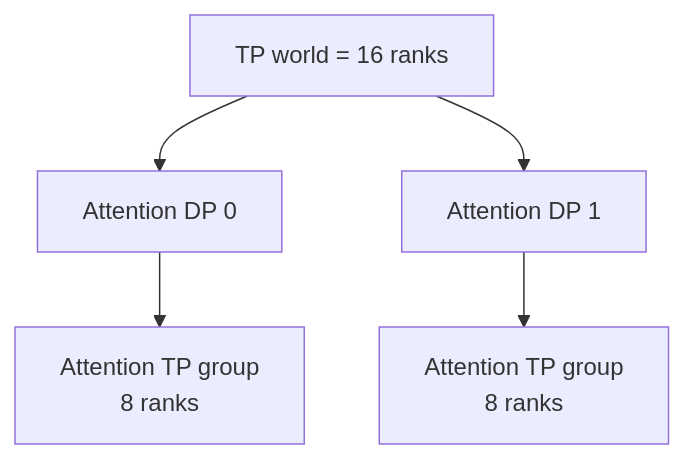
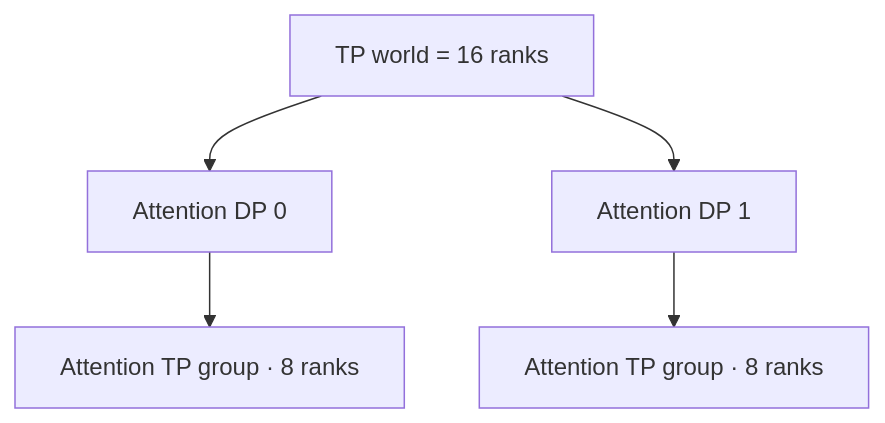
Before and after one commit to AkiYangDev/llm-inference-notes: the first of 2 diagrams in docs/pr-reviews/sglang-pr-39871-attention-parallel-widths.md, drawn with Mermaid. The commit also changed other lines of this file and 44 other files, not shown here.

````diff
--- a/docs/pr-reviews/sglang-pr-39871-attention-parallel-widths.md
+++ b/docs/pr-reviews/sglang-pr-39871-attention-parallel-widths.md
@@ -186,8 +116,8 @@
 ```mermaid
 flowchart TB
     W["TP world = 16 ranks"]
     W --> D0["Attention DP 0"]
     W --> D1["Attention DP 1"]
-    D0 --> T0["Attention TP group<br/>8 ranks"]
-    D1 --> T1["Attention TP group<br/>8 ranks"]
+    D0 --> T0["Attention TP group · 8 ranks"]
+    D1 --> T1["Attention TP group · 8 ranks"]
 ```
````
